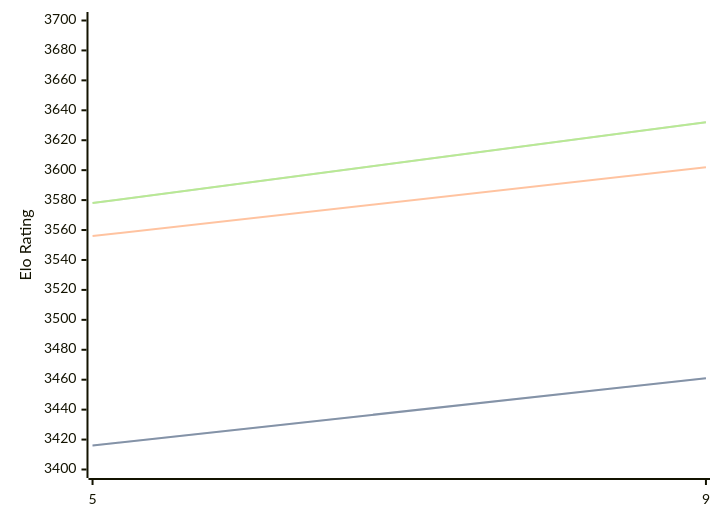
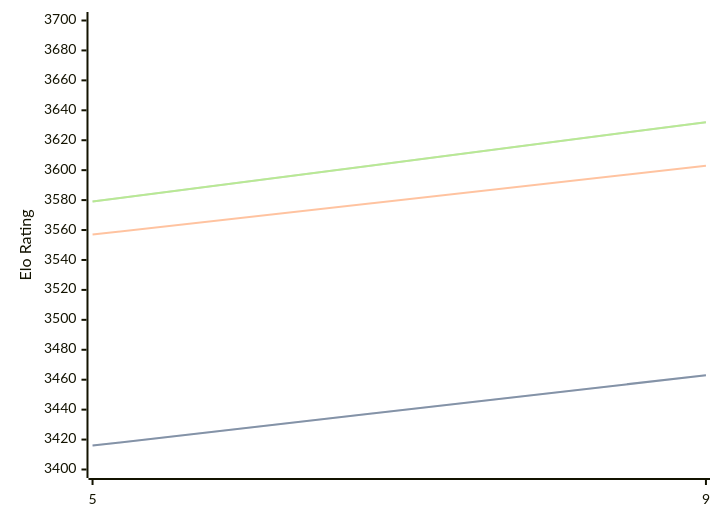
Before and after one commit to computer-chess-index/cci: the diagram in engines/Crystal.md, drawn with Mermaid. The commit also changed other lines of this file, not shown here.

Commit message:
Update CCI Ratings (ELO VLTC) - 2026-04-22

````diff
--- a/engines/Crystal.md
+++ b/engines/Crystal.md
@@ -60,11 +60,11 @@
 ```mermaid
 %%{init: {"theme":"base","themeVariables":{"seriesColors:['#a3a3a3','#222221','#faa371']}}}%%
 xychart-beta
   x-axis ["5", "9"]
   y-axis "Elo Rating" 3400 --> 3700
-  line "STC (8.0+0.08s)" [3416, 3461]
-  line "STC (8.0+0.08s)" [3416, 3461]
-  line "LTC (60.0+0.60s)" [3556, 3602]
-  line "VLTC (2m24s+1.12s)" [3578, 3632]
-  line "VLTC (2m24s+1.12s)" [3578, 3632]
+  line "STC (8.0+0.08s)" [3416, 3463]
+  line "STC (8.0+0.08s)" [3416, 3463]
+  line "LTC (60.0+0.60s)" [3557, 3603]
+  line "VLTC (2m24s+1.12s)" [3579, 3632]
+  line "VLTC (2m24s+1.12s)" [3579, 3632]
 ```
````
